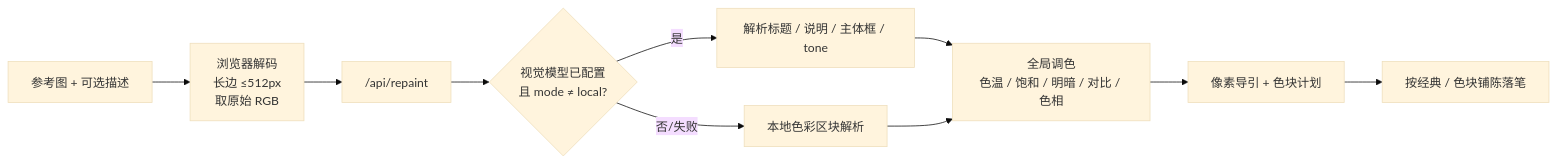
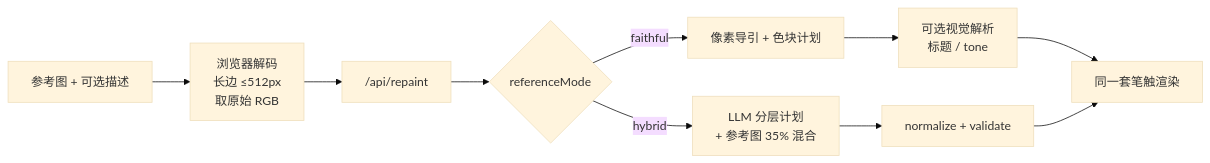
The second of 2 diagrams in README.zh-CN.md (x177plus/LMBrush), drawn with Mermaid (base theme) before and after one commit. The commit also changed other lines of this file and 17 other files, not shown here.

First line of the commit message:
feat(reference): added hybrid and interpret repaint modes

````diff
--- a/README.zh-CN.md
+++ b/README.zh-CN.md
@@ -157,12 +155,12 @@
 ```mermaid
 flowchart LR
   R["参考图 + 可选描述"] --> D["浏览器解码<br/>长边 ≤512px<br/>取原始 RGB"]
   D --> P["/api/repaint"]
-  P --> A{"视觉模型已配置<br/>且 mode ≠ local?"}
-  A -->|是| V["解析标题 / 说明 / 主体框 / tone"]
-  A -->|否/失败| L["本地色彩区块解析"]
-  V --> T["全局调色<br/>色温 / 饱和 / 明暗 / 对比 / 色相"]
-  L --> T
-  T --> G["像素导引 + 色块计划"]
-  G --> S["按经典 / 色块铺陈落笔"]
+  P --> M{"referenceMode"}
+  M -->|faithful| G["像素导引 + 色块计划"]
+  G --> O["可选视觉解析<br/>标题 / tone"]
+  M -->|hybrid| H["LLM 分层计划<br/>+ 参考图 35% 混合"]
+  H --> J["normalize + validate"]
+  O --> S["同一套笔触渲染"]
+  J --> S
 ```
````
